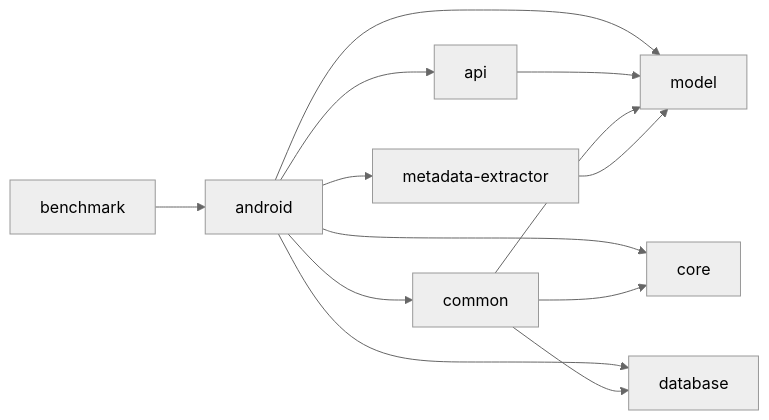
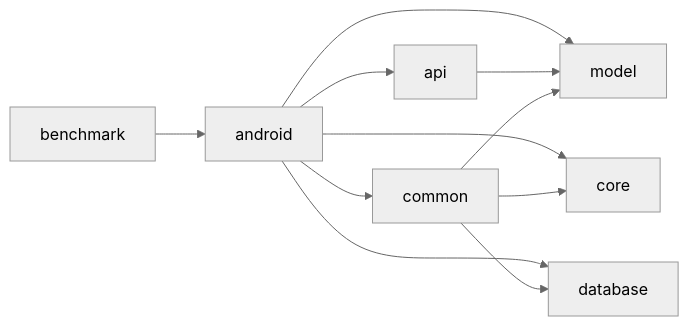
The diagram in README.md (msfjarvis/compose-lobsters), drawn with Mermaid before and after one commit. The commit also changed 6 other files, not shown here.

Commit message:
refactor: move `metadata-extractor` to `android`

````diff
--- a/README.md
+++ b/README.md
@@ -19,23 +19,21 @@
 ```mermaid
 %%{
   init: {
     'theme': 'neutral'
   }
 }%%
 
 graph LR
 
   benchmark --> android
   android --> api
   android --> common
   android --> core
   android --> database
-  android --> metadata-extractor
   android --> model
   api --> model
   common --> core
   common --> database
   common --> model
-  metadata-extractor --> model
 
 ```
````
